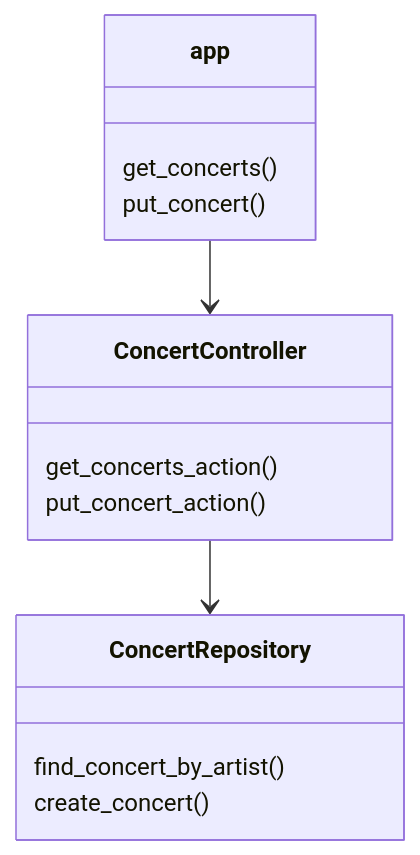
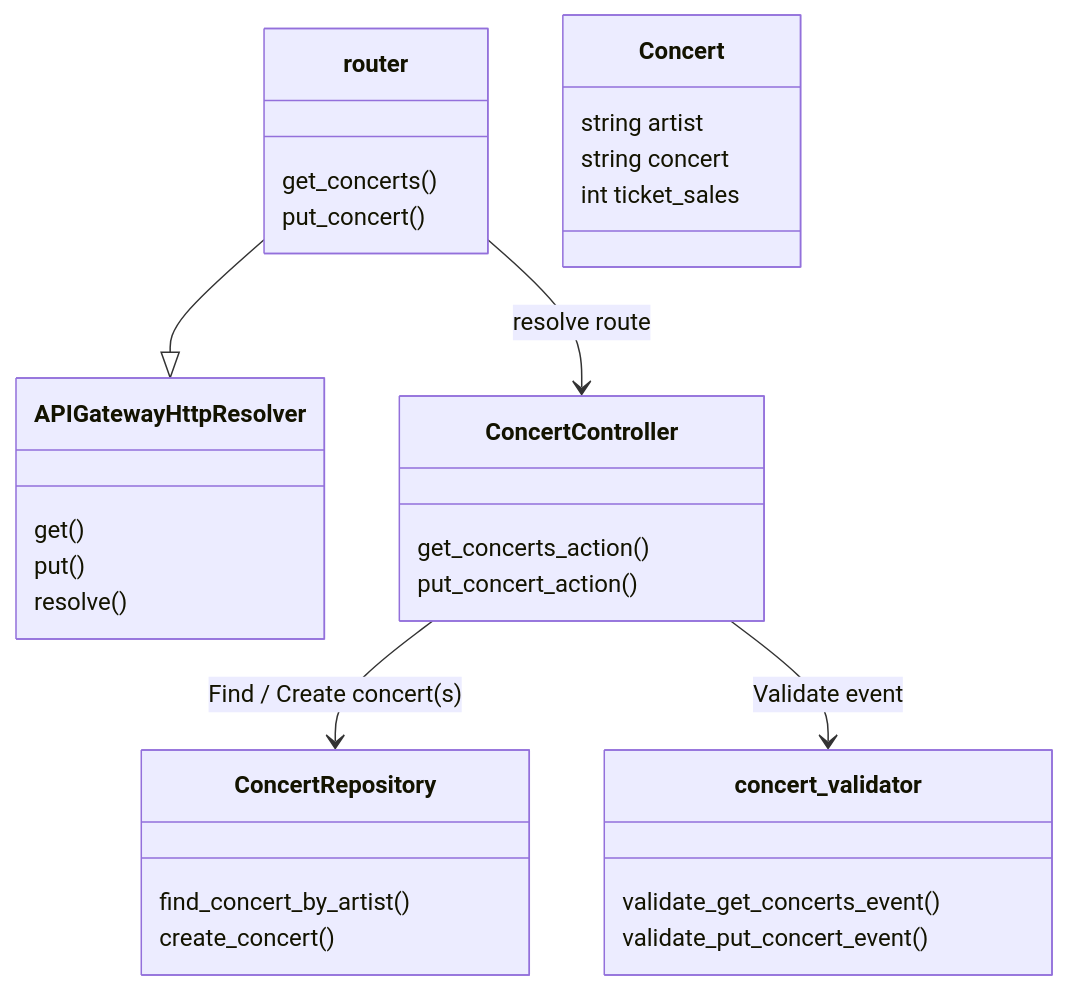
Before and after one commit to moonline/Lab.AWS.API-Gateway: the second of 2 diagrams in README.md, drawn with Mermaid. The commit also changed other lines of this file, not shown here.

````diff
--- a/README.md
+++ b/README.md
@@ -15,20 +35,35 @@
 ```mermaid
 classDiagram
 
-class app {
-   get_concerts()
-   put_concert()
+class APIGatewayHttpResolver {
+   get()
+   put()
+   resolve()
 }
-app --> ConcertController
+
+router --|> APIGatewayHttpResolver
+router: get_concerts()
+router: put_concert()
+router --> ConcertController: resolve route
 
 class ConcertController {
    get_concerts_action()
    put_concert_action()
 }
-ConcertController --> ConcertRepository
+ConcertController --> ConcertRepository: Find / Create concert(s)
+ConcertController --> concert_validator: Validate event
+
+concert_validator: validate_get_concerts_event()
+concert_validator: validate_put_concert_event()
+
+class Concert {
+   string artist
+   string concert
+   int ticket_sales
+}
 
 class ConcertRepository {
    find_concert_by_artist()
    create_concert()
 }
 ```
````
